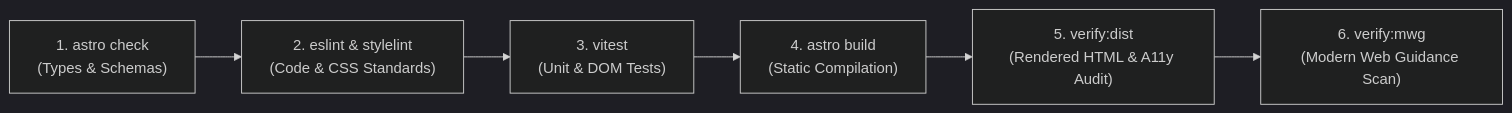
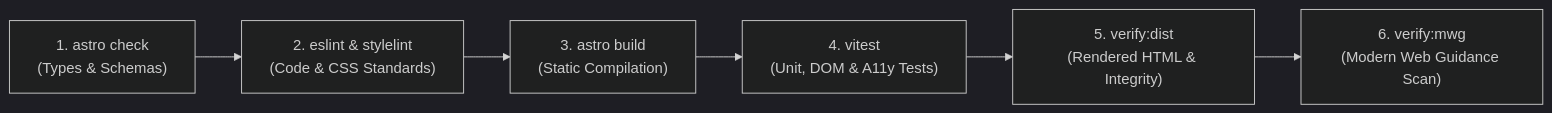
Before and after one commit to robpomeroy/publisher-to-word: the diagram in docs/TESTING_AND_QA.md, drawn with Mermaid (dark theme). The commit also changed other lines of this file and 5 other files, not shown here.

````diff
--- a/docs/TESTING_AND_QA.md
+++ b/docs/TESTING_AND_QA.md
@@ -22,11 +22,11 @@
 ```mermaid
 flowchart LR
   Step1["1. astro check<br/>(Types & Schemas)"]
   Step2["2. eslint & stylelint<br/>(Code & CSS Standards)"]
-  Step3["3. vitest<br/>(Unit & DOM Tests)"]
-  Step4["4. astro build<br/>(Static Compilation)"]
-  Step5["5. verify:dist<br/>(Rendered HTML & A11y Audit)"]
+  Step3["3. astro build<br/>(Static Compilation)"]
+  Step4["4. vitest<br/>(Unit, DOM & A11y Tests)"]
+  Step5["5. verify:dist<br/>(Rendered HTML & Integrity)"]
   Step6["6. verify:mwg<br/>(Modern Web Guidance Scan)"]
 
   Step1 --> Step2 --> Step3 --> Step4 --> Step5 --> Step6
 ```
````
